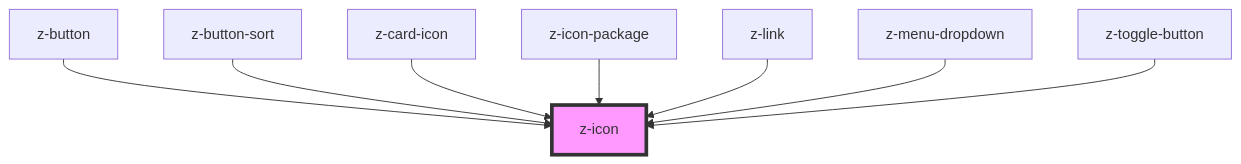
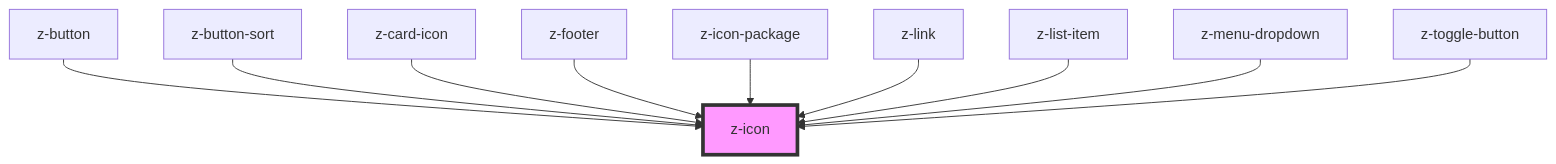
One commit to ZanichelliEditore/design-system changed the diagram in web-components-library/src/components/z-icon/readme.md. Above: the diagram before and after it, drawn with Mermaid. The commit also changed other lines of this file and 7 other files, not shown here.

Commit message:
MYZ-6915 z-lilst-item icon

````diff
--- a/web-components-library/src/components/z-icon/readme.md
+++ b/web-components-library/src/components/z-icon/readme.md
@@ -31,11 +33,13 @@
 ```mermaid
 graph TD;
   z-button --> z-icon
   z-button-sort --> z-icon
   z-card-icon --> z-icon
+  z-footer --> z-icon
   z-icon-package --> z-icon
   z-link --> z-icon
+  z-list-item --> z-icon
   z-menu-dropdown --> z-icon
   z-toggle-button --> z-icon
   style z-icon fill:#f9f,stroke:#333,stroke-width:4px
 ```
````
